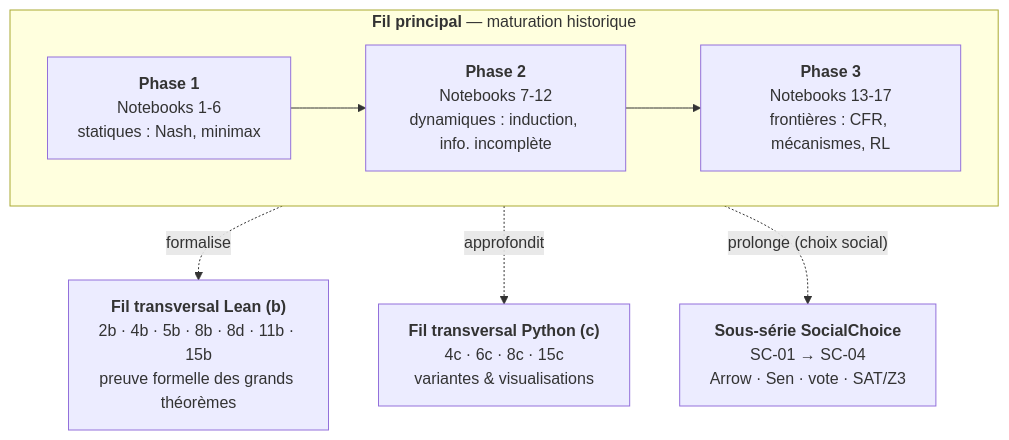
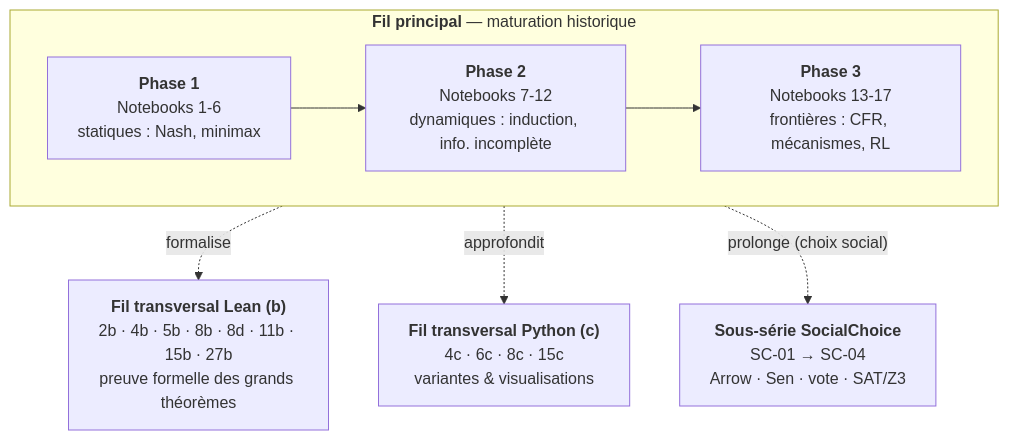
One commit to jsboige/CoursIA changed the first of 2 diagrams in MyIA.AI.Notebooks/GameTheory/README.md. Above: the diagram before and after it, drawn with Mermaid. The commit also changed other lines of this file and 2 other files, not shown here.

First line of the commit message:
feat(lean,#11703): GameTheory-27b native lean4-wsl companion for assignment_lean

````diff
--- a/MyIA.AI.Notebooks/GameTheory/README.md
+++ b/MyIA.AI.Notebooks/GameTheory/README.md
@@ -178,16 +178,16 @@
 ```mermaid
 flowchart TD
     subgraph FIL["<b>Fil principal</b> — maturation historique"]
         direction LR
         P1["<b>Phase 1</b><br/>Notebooks 1-6<br/>statiques : Nash, minimax"]
         P2["<b>Phase 2</b><br/>Notebooks 7-12<br/>dynamiques : induction, info. incomplète"]
         P3["<b>Phase 3</b><br/>Notebooks 13-17<br/>frontières : CFR, mécanismes, RL"]
         P1 --> P2 --> P3
     end
-    LEAN["<b>Fil transversal Lean (b)</b><br/>2b · 4b · 5b · 8b · 8d · 11b · 15b<br/>preuve formelle des grands théorèmes"]
+    LEAN["<b>Fil transversal Lean (b)</b><br/>2b · 4b · 5b · 8b · 8d · 11b · 15b · 27b<br/>preuve formelle des grands théorèmes"]
     PYC["<b>Fil transversal Python (c)</b><br/>4c · 6c · 8c · 15c<br/>variantes &amp; visualisations"]
     SC["<b>Sous-série SocialChoice</b><br/>SC-01 → SC-04<br/>Arrow · Sen · vote · SAT/Z3"]
     FIL -.->|"formalise"| LEAN
     FIL -.->|"approfondit"| PYC
     FIL -.->|"prolonge (choix social)"| SC
 ```
````
